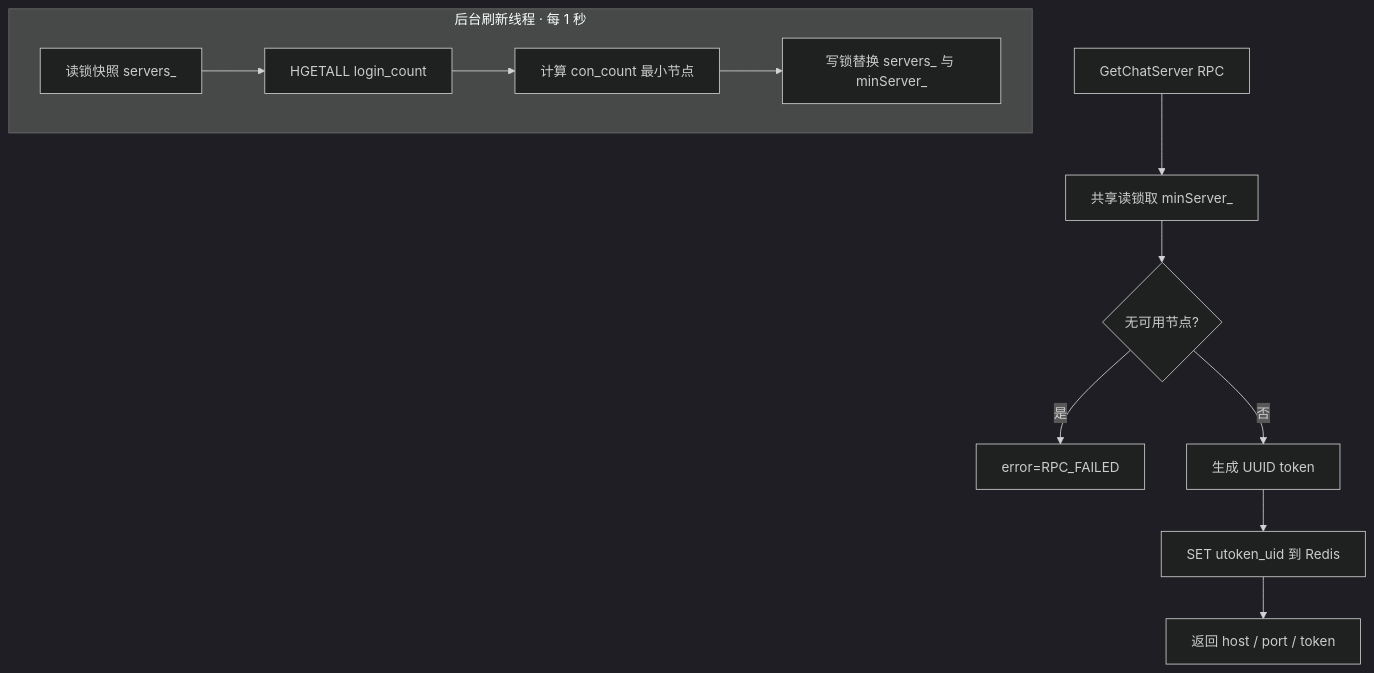
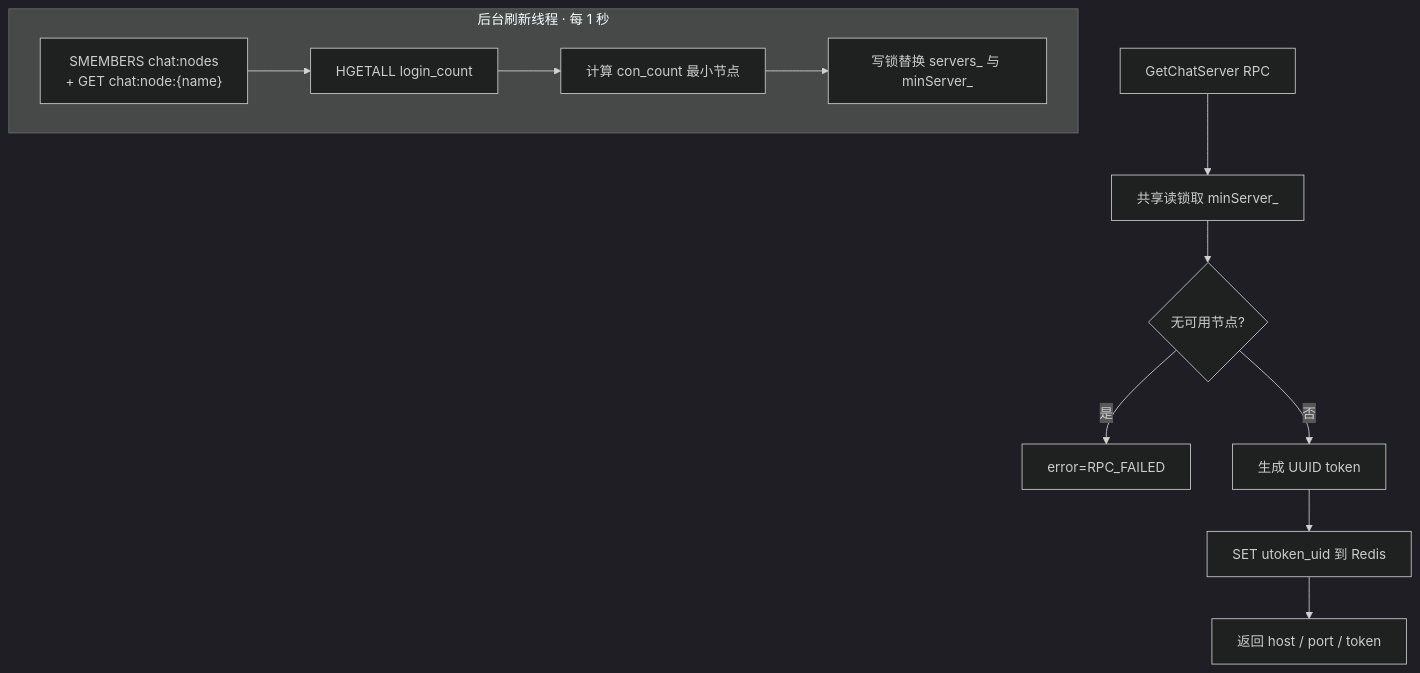
One commit to codeT2001/MyChat changed the first of 2 diagrams in Servers/StatusServer/README.md. Above: the diagram before and after it, drawn with Mermaid (dark theme). The commit also changed other lines of this file and 41 other files, not shown here.

````diff
--- a/Servers/StatusServer/README.md
+++ b/Servers/StatusServer/README.md
@@ -23,15 +23,15 @@
 ```mermaid
 flowchart TD
     subgraph bg["后台刷新线程 · 每 1 秒"]
-        T1["读锁快照 servers_"] --> T2["HGETALL login_count"]
+        T1["SMEMBERS chat:nodes<br/>+ GET chat:node:{name}"] --> T2["HGETALL login_count"]
         T2 --> T3["计算 con_count 最小节点"]
         T3 --> T4["写锁替换 servers_ 与 minServer_"]
     end
 
     Req["GetChatServer RPC"] --> G["共享读锁取 minServer_"]
     G --> Empty{"无可用节点?"}
     Empty -- 是 --> Fail["error=RPC_FAILED"]
     Empty -- 否 --> Token["生成 UUID token"]
     Token --> Store["SET utoken_uid 到 Redis"]
     Store --> Rsp["返回 host / port / token"]
 ```
````
